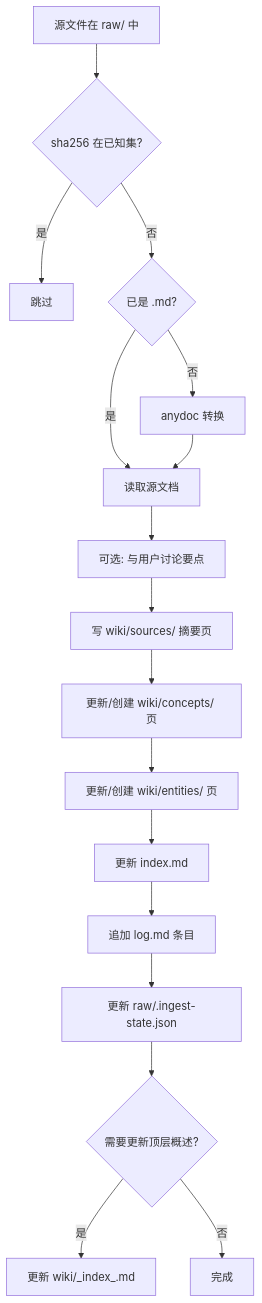
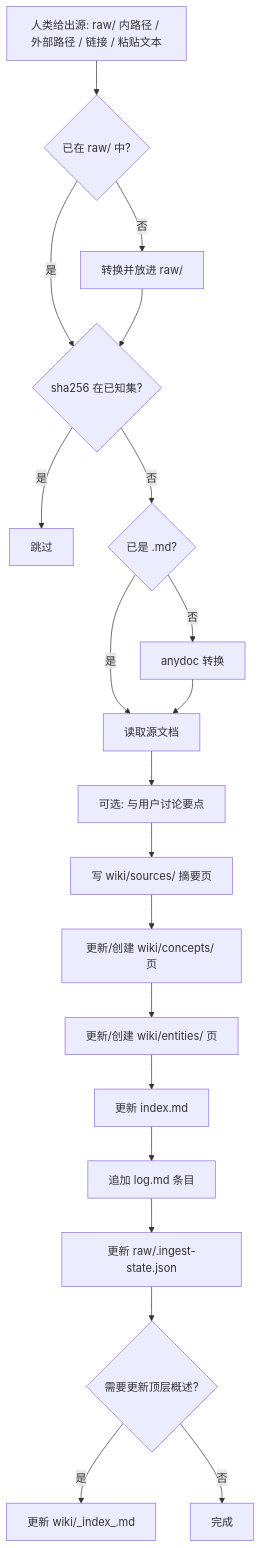
The first of 2 diagrams in .skills/llmwiki-ingest/SKILL.md (fb0sh/llmwiki), drawn with Mermaid before and after one commit. The commit also changed other lines of this file and 4 other files, not shown here.

````diff
--- a/.skills/llmwiki-ingest/SKILL.md
+++ b/.skills/llmwiki-ingest/SKILL.md
@@ -16,19 +18,22 @@
 ```mermaid
 flowchart TD
-    A[源文件在 raw/ 中] --> B{sha256 在已知集?}
+    A[人类给出源: raw/ 内路径 / 外部路径 / 链接 / 粘贴文本] --> A2{已在 raw/ 中?}
+    A2 -->|否| A3[转换并放进 raw/]
+    A2 -->|是| B{sha256 在已知集?}
+    A3 --> B
     B -->|是| C[跳过]
     B -->|否| D{已是 .md?}
     D -->|否| E[anydoc 转换]
     D -->|是| F[读取源文档]
     E --> F
     F --> G[可选: 与用户讨论要点]
     G --> H[写 wiki/sources/ 摘要页]
     H --> I[更新/创建 wiki/concepts/ 页]
     I --> J[更新/创建 wiki/entities/ 页]
     J --> K[更新 index.md]
     K --> L[追加 log.md 条目]
     L --> M[更新 raw/.ingest-state.json]
     M --> N{需要更新顶层概述?}
     N -->|是| O[更新 wiki/_index_.md]
     N -->|否| P[完成]
 ```
````
